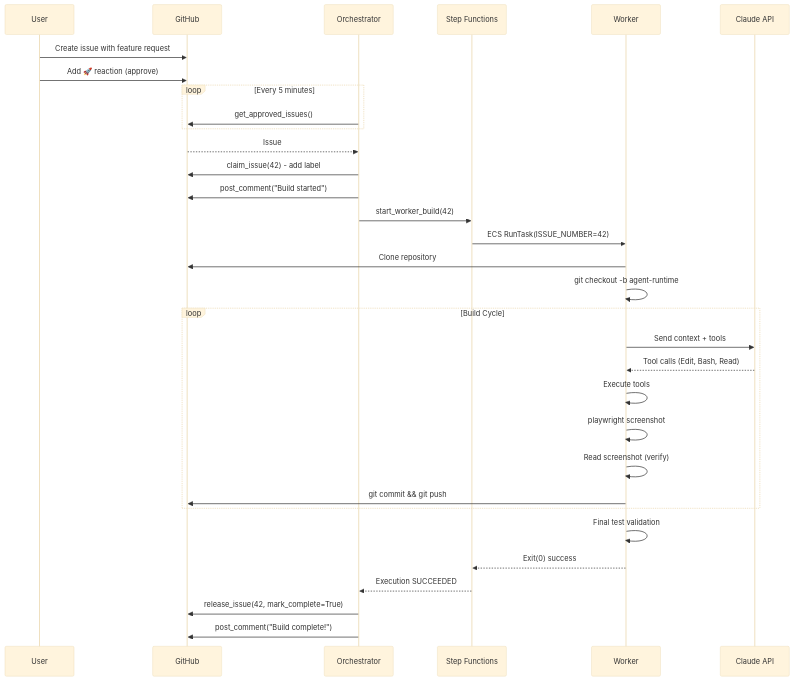
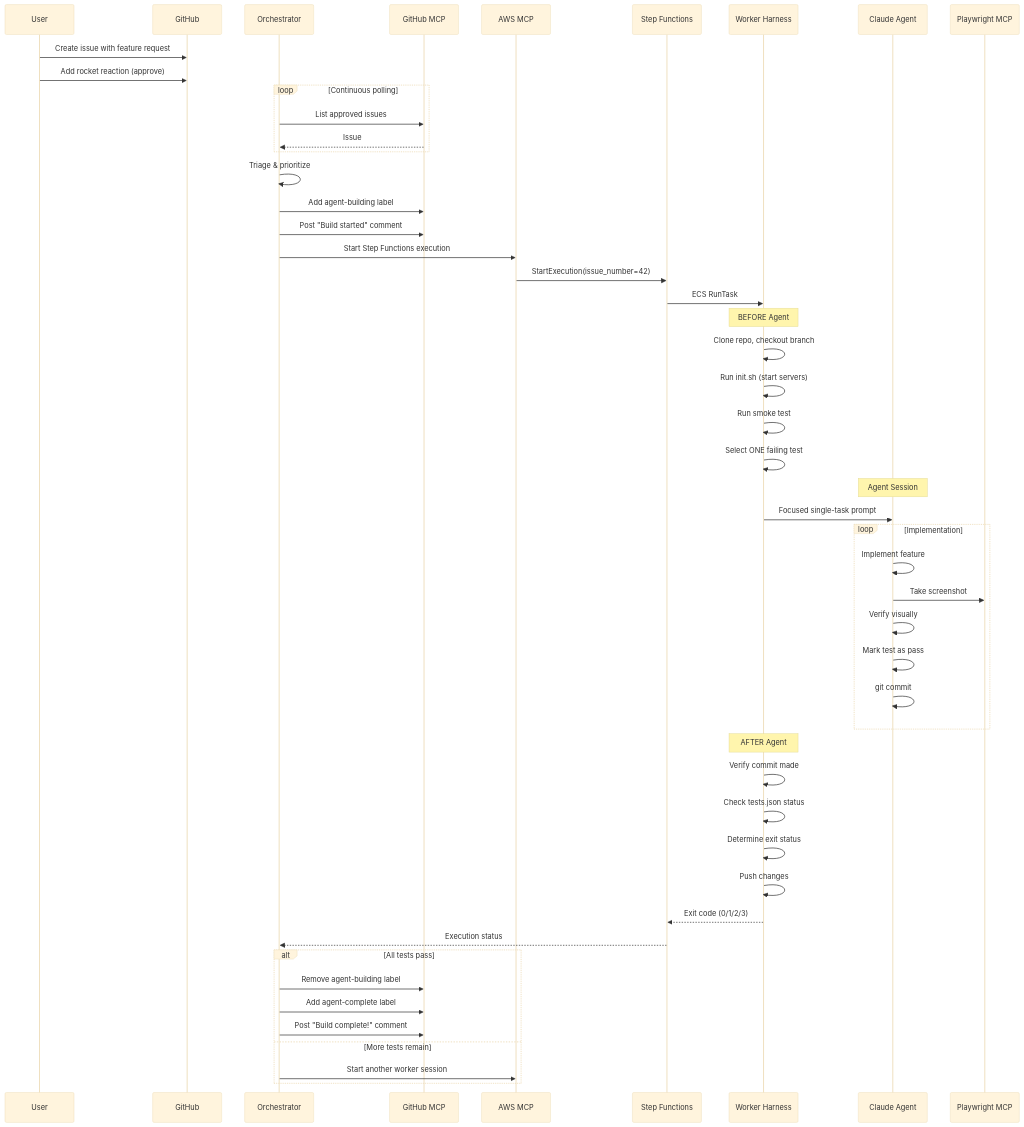
One commit to jawhnycooke/riv2025-long-horizon-coding-agent-demo changed the seventh of 9 diagrams in README.md. Above: the diagram before and after it, drawn with Mermaid (base theme). The commit also changed other lines of this file and 7 other files, not shown here.

First line of the commit message:
feat: Implement harness-enforced agent architecture

````diff
--- a/README.md
+++ b/README.md
@@ -84,42 +286,62 @@
 ```mermaid
 sequenceDiagram
     participant User
     participant GitHub
     participant Orchestrator
+    participant GitHubMCP as GitHub MCP
+    participant AWSMCP as AWS MCP
     participant StepFunctions as Step Functions
-    participant Worker
-    participant Claude as Claude API
+    participant Harness as Worker Harness
+    participant Agent as Claude Agent
+    participant PlaywrightMCP as Playwright MCP
 
     User->>GitHub: Create issue with feature request
-    User->>GitHub: Add 🚀 reaction (approve)
+    User->>GitHub: Add rocket reaction (approve)
 
-    loop Every 5 minutes
-        Orchestrator->>GitHub: get_approved_issues()
+    loop Continuous polling
+        Orchestrator->>GitHubMCP: List approved issues
+        GitHubMCP-->>Orchestrator: Issue #42 approved
     end
 
-    GitHub-->>Orchestrator: Issue #42 approved
-    Orchestrator->>GitHub: claim_issue(42) - add label
-    Orchestrator->>GitHub: post_comment("Build started")
-    Orchestrator->>StepFunctions: start_worker_build(42)
+    Orchestrator->>Orchestrator: Triage & prioritize
+    Orchestrator->>GitHubMCP: Add agent-building label
+    Orchestrator->>GitHubMCP: Post "Build started" comment
+    Orchestrator->>AWSMCP: Start Step Functions execution
 
-    StepFunctions->>Worker: ECS RunTask(ISSUE_NUMBER=42)
+    AWSMCP->>StepFunctions: StartExecution(issue_number=42)
+    StepFunctions->>Harness: ECS RunTask
 
-    Worker->>GitHub: Clone repository
-    Worker->>Worker: git checkout -b agent-runtime
+    Note over Harness: BEFORE Agent
+    Harness->>Harness: Clone repo, checkout branch
+    Harness->>Harness: Run init.sh (start servers)
+    Harness->>Harness: Run smoke test
+    Harness->>Harness: Select ONE failing test
 
-    loop Build Cycle
-        Worker->>Claude: Send context + tools
-        Claude-->>Worker: Tool calls (Edit, Bash, Read)
-        Worker->>Worker: Execute tools
-        Worker->>Worker: playwright screenshot
-        Worker->>Worker: Read screenshot (verify)
-        Worker->>GitHub: git commit && git push
+    Note over Agent: Agent Session
+    Harness->>Agent: Focused single-task prompt
+
+    loop Implementation
+        Agent->>Agent: Implement feature
+        Agent->>PlaywrightMCP: Take screenshot
+        Agent->>Agent: Verify visually
+        Agent->>Agent: Mark test as pass
+        Agent->>Agent: git commit
     end
 
-    Worker->>Worker: Final test validation
-    Worker-->>StepFunctions: Exit(0) success
+    Note over Harness: AFTER Agent
+    Harness->>Harness: Verify commit made
+    Harness->>Harness: Check tests.json status
+    Harness->>Harness: Determine exit status
+    Harness->>Harness: Push changes
 
-    StepFunctions-->>Orchestrator: Execution SUCCEEDED
-    Orchestrator->>GitHub: release_issue(42, mark_complete=True)
-    Orchestrator->>GitHub: post_comment("Build complete!")
+    Harness-->>StepFunctions: Exit code (0/1/2/3)
+    StepFunctions-->>Orchestrator: Execution status
+
+    alt All tests pass
+        Orchestrator->>GitHubMCP: Remove agent-building label
+        Orchestrator->>GitHubMCP: Add agent-complete label
+        Orchestrator->>GitHubMCP: Post "Build complete!" comment
+    else More tests remain
+        Orchestrator->>AWSMCP: Start another worker session
+    end
 ```
````
